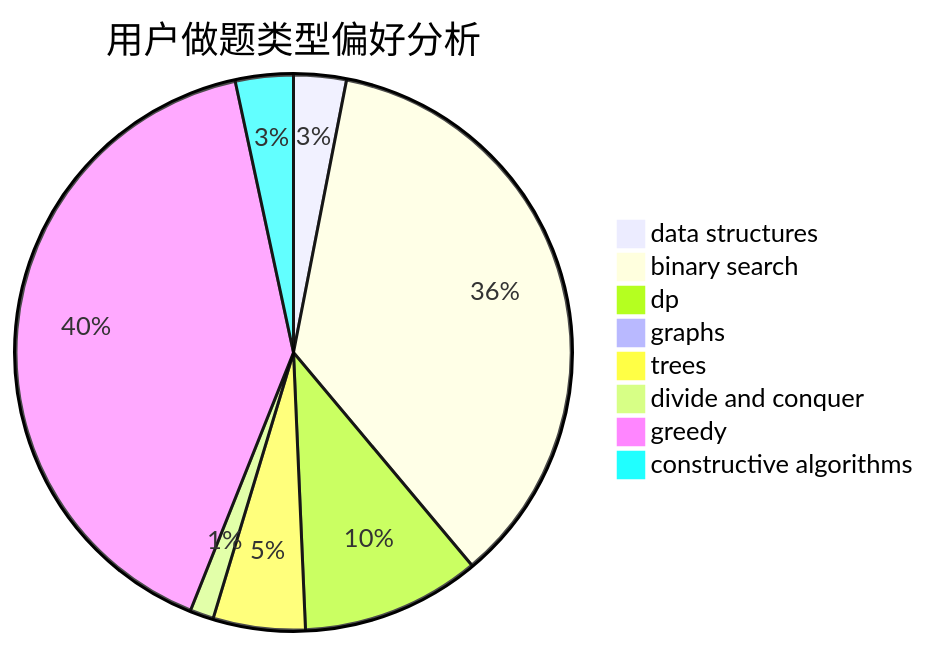
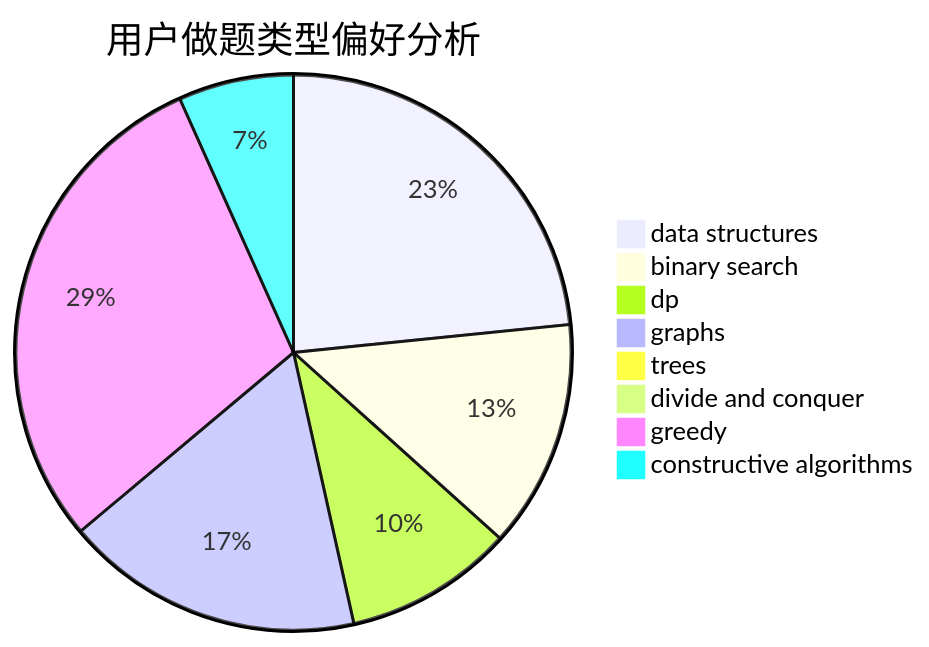
Before and after one commit to sherpahu/cfrs.github.io: the second of 3 diagrams in docs/user/u1532.md, drawn with Mermaid. The commit also changed other lines of this file and 2770 other files, not shown here.

````diff
--- a/docs/user/u1532.md
+++ b/docs/user/u1532.md
@@ -23,11 +23,11 @@
 ```mermaid
 pie title 用户做题类型偏好分析
-    "data structures" :  20
-    "binary search" :  234
-    "dp" :  68
-    "graphs" :  3
-    "trees" :  35
-    "divide and conquer" :  9
-    "greedy" :  265
-    "constructive algorithms" :  22
+    "data structures" :  171
+    "binary search" :  97
+    "dp" :  72
+    "graphs" :  127
+    "trees" :  0
+    "divide and conquer" :  0
+    "greedy" :  215
+    "constructive algorithms" :  49
 ```
````
